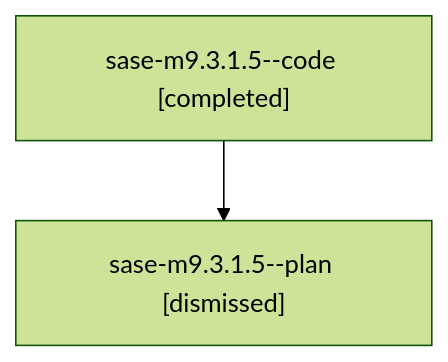
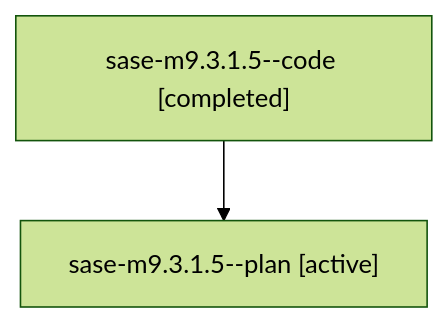
One commit to sase-org/sase--agents changed the diagram in families/bbugyi200.athena.sase-m9.3.1.5.md. Above: the diagram before and after it, drawn with Mermaid (forest theme). The commit also changed other lines of this file and 35830 other files, not shown here.

````diff
--- a/families/bbugyi200.athena.sase-m9.3.1.5.md
+++ b/families/bbugyi200.athena.sase-m9.3.1.5.md
@@ -9,6 +9,6 @@
 ```mermaid
 flowchart TD
   n0["sase-m9.3.1.5--code [completed]"]
-  n1["sase-m9.3.1.5--plan [dismissed]"]
+  n1["sase-m9.3.1.5--plan [active]"]
   n0 --> n1
 ```
````
